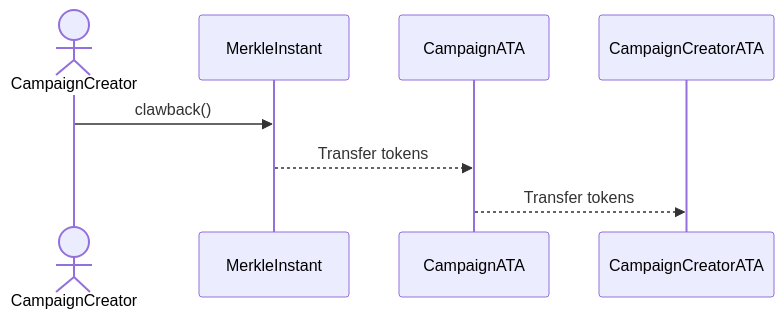
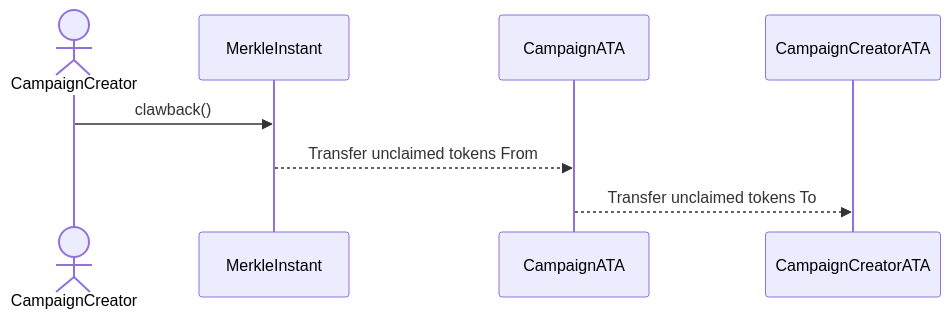
One commit to sablier-labs/docs changed the eighth of 8 diagrams in docs/solana/accounts-architecture/02-merkle-instant.md. Above: the diagram before and after it, drawn with Mermaid. The commit also changed other lines of this file and 3 other files, not shown here.

````diff
--- a/docs/solana/accounts-architecture/02-merkle-instant.md
+++ b/docs/solana/accounts-architecture/02-merkle-instant.md
@@ -113,8 +113,8 @@
 ```mermaid
 sequenceDiagram
     actor CampaignCreator
 
     CampaignCreator->>MerkleInstant: clawback()
-    MerkleInstant -->> CampaignATA: Transfer tokens
-    CampaignATA -->> CampaignCreatorATA: Transfer tokens
+    MerkleInstant -->> CampaignATA: Transfer unclaimed tokens From
+    CampaignATA -->> CampaignCreatorATA: Transfer unclaimed tokens To
 ```
````
